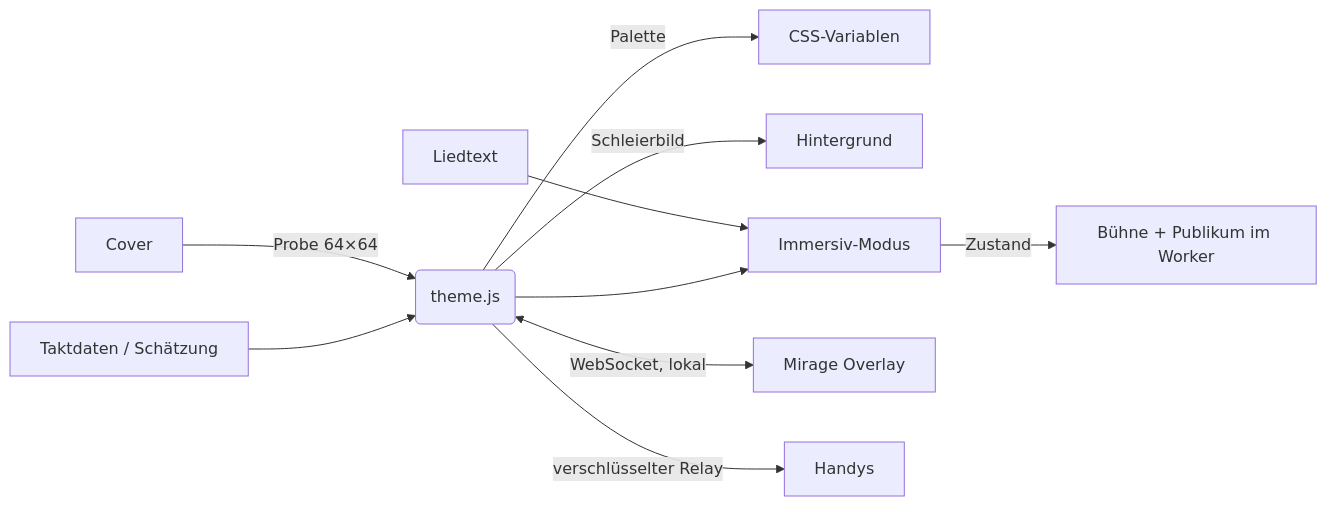
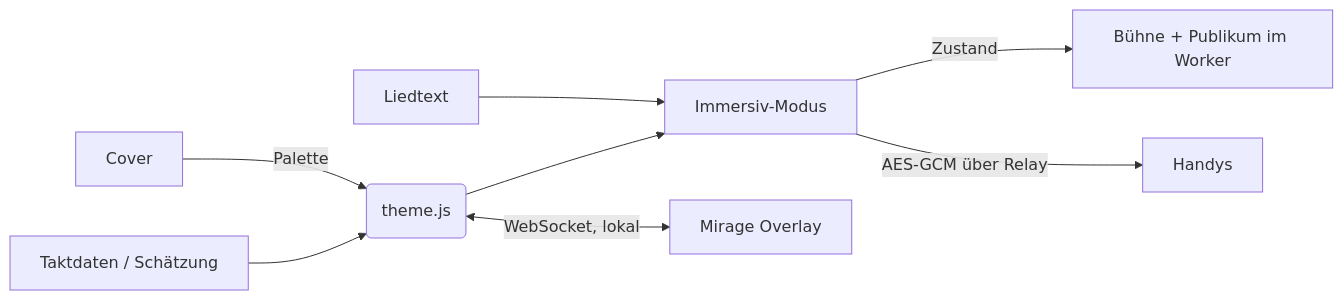
One commit to Passimoritz/spicetify-mirage changed the diagram in README.de.md. Above: the diagram before and after it, drawn with Mermaid. The commit also changed other lines of this file and 30 other files, not shown here.

````diff
--- a/README.de.md
+++ b/README.de.md
@@ -278,12 +322,10 @@
 ```mermaid
 flowchart LR
-  A[Cover] -->|Probe 64×64| B(theme.js)
-  B -->|Palette| C[CSS-Variablen]
-  B -->|Schleierbild| D[Hintergrund]
+  A[Cover] -->|Palette| B(theme.js)
   E[Taktdaten / Schätzung] --> B
   F[Liedtext] --> G[Immersiv-Modus]
   B --> G
   G -->|Zustand| W[Bühne + Publikum im Worker]
   B <-->|WebSocket, lokal| H[Mirage Overlay]
-  B -->|verschlüsselter Relay| P[Handys]
+  G -->|AES-GCM über Relay| P[Handys]
 ```
````
